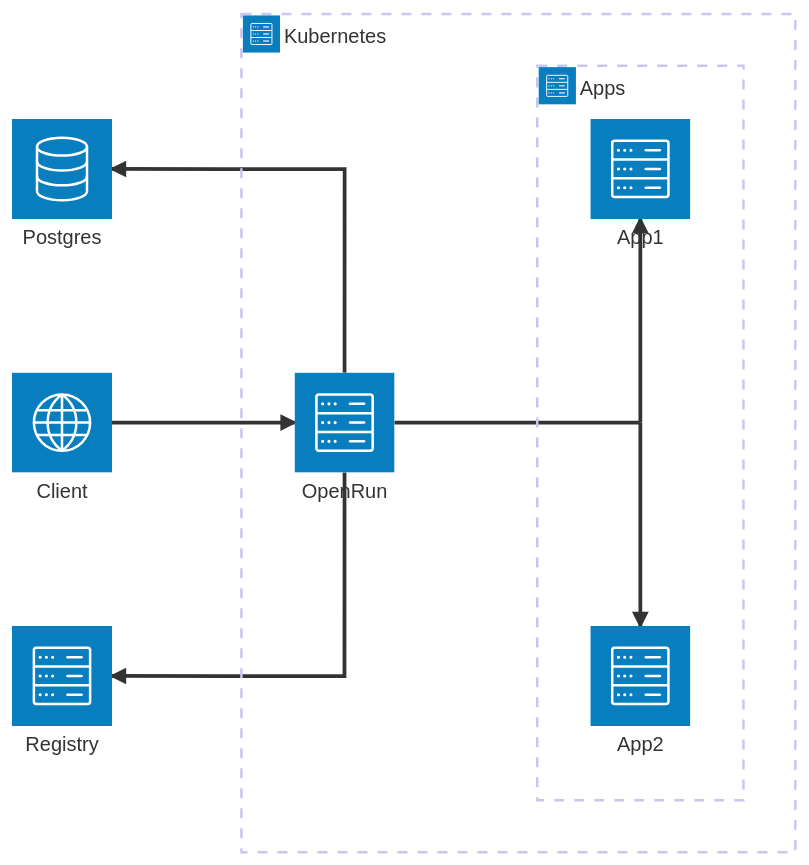
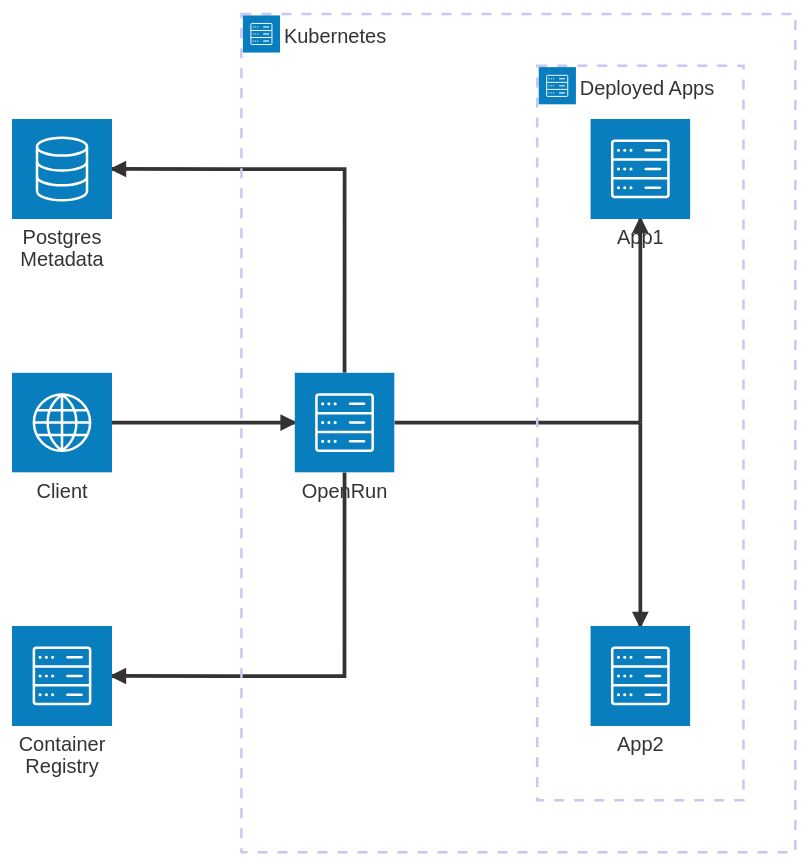
The second of 2 diagrams in README.md (openrundev/openrun), drawn with Mermaid before and after one commit. The commit also changed other lines of this file, not shown here.

Commit message:
Update arch diagrams

````diff
--- a/README.md
+++ b/README.md
@@ -127,22 +127,22 @@
 ```mermaid
 architecture-beta
     service client(internet)[Client]
-    service postgres(database)[Postgres]
-    service registry(server)[Registry]
+    service postgres(database)[Postgres Metadata]
+    service registry(server)[Container Registry]
 
     group k8s(server)[Kubernetes]
     service openrun(server)[OpenRun] in k8s
 
-    group apps(server)[Apps] in k8s
+    group apps(server)[Deployed Apps] in k8s
     junction split in apps
     service app1(server)[App1] in apps
     service app2(server)[App2] in apps
 
     client:R --> L:openrun
     postgres:R <-- T:openrun
     registry:R <-- B:openrun
 
     openrun:R -- L:split
     split:T --> B:app1
     split:B --> T:app2
 ```
````
